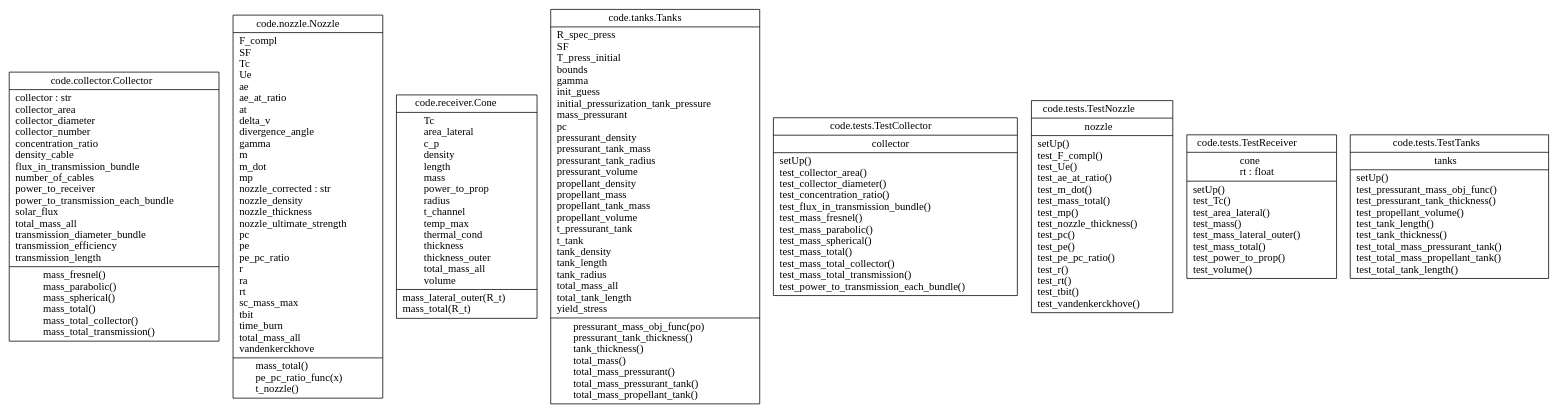
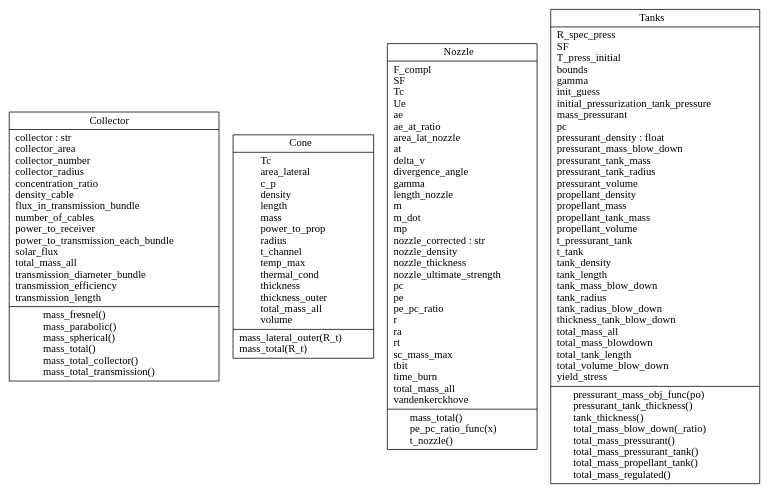
The diagram in classes.dot (avatarjasper/SolarThermalPropulsion), drawn with Graphviz before and after one commit. The commit also changed 28 other files, not shown here.

```diff
--- a/classes.dot
+++ b/classes.dot
@@ -1,12 +1,8 @@
 digraph "classes" {
 rankdir=BT
 charset="utf-8"
-"code.collector.Collector" [color="black", fontcolor="black", label=<{code.collector.Collector|collector : str<br ALIGN="LEFT"/>collector_area<br ALIGN="LEFT"/>collector_diameter<br ALIGN="LEFT"/>collector_number<br ALIGN="LEFT"/>concentration_ratio<br ALIGN="LEFT"/>density_cable<br ALIGN="LEFT"/>flux_in_transmission_bundle<br ALIGN="LEFT"/>number_of_cables<br ALIGN="LEFT"/>power_to_receiver<br ALIGN="LEFT"/>power_to_transmission_each_bundle<br ALIGN="LEFT"/>solar_flux<br ALIGN="LEFT"/>total_mass_all<br ALIGN="LEFT"/>transmission_diameter_bundle<br ALIGN="LEFT"/>transmission_efficiency<br ALIGN="LEFT"/>transmission_length<br ALIGN="LEFT"/>|mass_fresnel()<br ALIGN="LEFT"/>mass_parabolic()<br ALIGN="LEFT"/>mass_spherical()<br ALIGN="LEFT"/>mass_total()<br ALIGN="LEFT"/>mass_total_collector()<br ALIGN="LEFT"/>mass_total_transmission()<br ALIGN="LEFT"/>}>, shape="record", style="solid"];
-"code.nozzle.Nozzle" [color="black", fontcolor="black", label=<{code.nozzle.Nozzle|F_compl<br ALIGN="LEFT"/>SF<br ALIGN="LEFT"/>Tc<br ALIGN="LEFT"/>Ue<br ALIGN="LEFT"/>ae<br ALIGN="LEFT"/>ae_at_ratio<br ALIGN="LEFT"/>at<br ALIGN="LEFT"/>delta_v<br ALIGN="LEFT"/>divergence_angle<br ALIGN="LEFT"/>gamma<br ALIGN="LEFT"/>m<br ALIGN="LEFT"/>m_dot<br ALIGN="LEFT"/>mp<br ALIGN="LEFT"/>nozzle_corrected : str<br ALIGN="LEFT"/>nozzle_density<br ALIGN="LEFT"/>nozzle_thickness<br ALIGN="LEFT"/>nozzle_ultimate_strength<br ALIGN="LEFT"/>pc<br ALIGN="LEFT"/>pe<br ALIGN="LEFT"/>pe_pc_ratio<br ALIGN="LEFT"/>r<br ALIGN="LEFT"/>ra<br ALIGN="LEFT"/>rt<br ALIGN="LEFT"/>sc_mass_max<br ALIGN="LEFT"/>tbit<br ALIGN="LEFT"/>time_burn<br ALIGN="LEFT"/>total_mass_all<br ALIGN="LEFT"/>vandenkerckhove<br ALIGN="LEFT"/>|mass_total()<br ALIGN="LEFT"/>pe_pc_ratio_func(x)<br ALIGN="LEFT"/>t_nozzle()<br ALIGN="LEFT"/>}>, shape="record", style="solid"];
-"code.receiver.Cone" [color="black", fontcolor="black", label=<{code.receiver.Cone|Tc<br ALIGN="LEFT"/>area_lateral<br ALIGN="LEFT"/>c_p<br ALIGN="LEFT"/>density<br ALIGN="LEFT"/>length<br ALIGN="LEFT"/>mass<br ALIGN="LEFT"/>power_to_prop<br ALIGN="LEFT"/>radius<br ALIGN="LEFT"/>t_channel<br ALIGN="LEFT"/>temp_max<br ALIGN="LEFT"/>thermal_cond<br ALIGN="LEFT"/>thickness<br ALIGN="LEFT"/>thickness_outer<br ALIGN="LEFT"/>total_mass_all<br ALIGN="LEFT"/>volume<br ALIGN="LEFT"/>|mass_lateral_outer(R_t)<br ALIGN="LEFT"/>mass_total(R_t)<br ALIGN="LEFT"/>}>, shape="record", style="solid"];
-"code.tanks.Tanks" [color="black", fontcolor="black", label=<{code.tanks.Tanks|R_spec_press<br ALIGN="LEFT"/>SF<br ALIGN="LEFT"/>T_press_initial<br ALIGN="LEFT"/>bounds<br ALIGN="LEFT"/>gamma<br ALIGN="LEFT"/>init_guess<br ALIGN="LEFT"/>initial_pressurization_tank_pressure<br ALIGN="LEFT"/>mass_pressurant<br ALIGN="LEFT"/>pc<br ALIGN="LEFT"/>pressurant_density<br ALIGN="LEFT"/>pressurant_tank_mass<br ALIGN="LEFT"/>pressurant_tank_radius<br ALIGN="LEFT"/>pressurant_volume<br ALIGN="LEFT"/>propellant_density<br ALIGN="LEFT"/>propellant_mass<br ALIGN="LEFT"/>propellant_tank_mass<br ALIGN="LEFT"/>propellant_volume<br ALIGN="LEFT"/>t_pressurant_tank<br ALIGN="LEFT"/>t_tank<br ALIGN="LEFT"/>tank_density<br ALIGN="LEFT"/>tank_length<br ALIGN="LEFT"/>tank_radius<br ALIGN="LEFT"/>total_mass_all<br ALIGN="LEFT"/>total_tank_length<br ALIGN="LEFT"/>yield_stress<br ALIGN="LEFT"/>|pressurant_mass_obj_func(po)<br ALIGN="LEFT"/>pressurant_tank_thickness()<br ALIGN="LEFT"/>tank_thickness()<br ALIGN="LEFT"/>total_mass()<br ALIGN="LEFT"/>total_mass_pressurant()<br ALIGN="LEFT"/>total_mass_pressurant_tank()<br ALIGN="LEFT"/>total_mass_propellant_tank()<br ALIGN="LEFT"/>}>, shape="record", style="solid"];
-"code.tests.TestCollector" [color="black", fontcolor="black", label=<{code.tests.TestCollector|collector<br ALIGN="LEFT"/>|setUp()<br ALIGN="LEFT"/>test_collector_area()<br ALIGN="LEFT"/>test_collector_diameter()<br ALIGN="LEFT"/>test_concentration_ratio()<br ALIGN="LEFT"/>test_flux_in_transmission_bundle()<br ALIGN="LEFT"/>test_mass_fresnel()<br ALIGN="LEFT"/>test_mass_parabolic()<br ALIGN="LEFT"/>test_mass_spherical()<br ALIGN="LEFT"/>test_mass_total()<br ALIGN="LEFT"/>test_mass_total_collector()<br ALIGN="LEFT"/>test_mass_total_transmission()<br ALIGN="LEFT"/>test_power_to_transmission_each_bundle()<br ALIGN="LEFT"/>}>, shape="record", style="solid"];
-"code.tests.TestNozzle" [color="black", fontcolor="black", label=<{code.tests.TestNozzle|nozzle<br ALIGN="LEFT"/>|setUp()<br ALIGN="LEFT"/>test_F_compl()<br ALIGN="LEFT"/>test_Ue()<br ALIGN="LEFT"/>test_ae_at_ratio()<br ALIGN="LEFT"/>test_m_dot()<br ALIGN="LEFT"/>test_mass_total()<br ALIGN="LEFT"/>test_mp()<br ALIGN="LEFT"/>test_nozzle_thickness()<br ALIGN="LEFT"/>test_pc()<br ALIGN="LEFT"/>test_pe()<br ALIGN="LEFT"/>test_pe_pc_ratio()<br ALIGN="LEFT"/>test_r()<br ALIGN="LEFT"/>test_rt()<br ALIGN="LEFT"/>test_tbit()<br ALIGN="LEFT"/>test_vandenkerckhove()<br ALIGN="LEFT"/>}>, shape="record", style="solid"];
-"code.tests.TestReceiver" [color="black", fontcolor="black", label=<{code.tests.TestReceiver|cone<br ALIGN="LEFT"/>rt : float<br ALIGN="LEFT"/>|setUp()<br ALIGN="LEFT"/>test_Tc()<br ALIGN="LEFT"/>test_area_lateral()<br ALIGN="LEFT"/>test_mass()<br ALIGN="LEFT"/>test_mass_lateral_outer()<br ALIGN="LEFT"/>test_mass_total()<br ALIGN="LEFT"/>test_power_to_prop()<br ALIGN="LEFT"/>test_volume()<br ALIGN="LEFT"/>}>, shape="record", style="solid"];
-"code.tests.TestTanks" [color="black", fontcolor="black", label=<{code.tests.TestTanks|tanks<br ALIGN="LEFT"/>|setUp()<br ALIGN="LEFT"/>test_pressurant_mass_obj_func()<br ALIGN="LEFT"/>test_pressurant_tank_thickness()<br ALIGN="LEFT"/>test_propellant_volume()<br ALIGN="LEFT"/>test_tank_length()<br ALIGN="LEFT"/>test_tank_thickness()<br ALIGN="LEFT"/>test_total_mass_pressurant_tank()<br ALIGN="LEFT"/>test_total_mass_propellant_tank()<br ALIGN="LEFT"/>test_total_tank_length()<br ALIGN="LEFT"/>}>, shape="record", style="solid"];
+"code.collector.Collector" [color="black", fontcolor="black", label=<{Collector|collector : str<br ALIGN="LEFT"/>collector_area<br ALIGN="LEFT"/>collector_number<br ALIGN="LEFT"/>collector_radius<br ALIGN="LEFT"/>concentration_ratio<br ALIGN="LEFT"/>density_cable<br ALIGN="LEFT"/>flux_in_transmission_bundle<br ALIGN="LEFT"/>number_of_cables<br ALIGN="LEFT"/>power_to_receiver<br ALIGN="LEFT"/>power_to_transmission_each_bundle<br ALIGN="LEFT"/>solar_flux<br ALIGN="LEFT"/>total_mass_all<br ALIGN="LEFT"/>transmission_diameter_bundle<br ALIGN="LEFT"/>transmission_efficiency<br ALIGN="LEFT"/>transmission_length<br ALIGN="LEFT"/>|mass_fresnel()<br ALIGN="LEFT"/>mass_parabolic()<br ALIGN="LEFT"/>mass_spherical()<br ALIGN="LEFT"/>mass_total()<br ALIGN="LEFT"/>mass_total_collector()<br ALIGN="LEFT"/>mass_total_transmission()<br ALIGN="LEFT"/>}>, shape="record", style="solid"];
+"code.receiver.Cone" [color="black", fontcolor="black", label=<{Cone|Tc<br ALIGN="LEFT"/>area_lateral<br ALIGN="LEFT"/>c_p<br ALIGN="LEFT"/>density<br ALIGN="LEFT"/>length<br ALIGN="LEFT"/>mass<br ALIGN="LEFT"/>power_to_prop<br ALIGN="LEFT"/>radius<br ALIGN="LEFT"/>t_channel<br ALIGN="LEFT"/>temp_max<br ALIGN="LEFT"/>thermal_cond<br ALIGN="LEFT"/>thickness<br ALIGN="LEFT"/>thickness_outer<br ALIGN="LEFT"/>total_mass_all<br ALIGN="LEFT"/>volume<br ALIGN="LEFT"/>|mass_lateral_outer(R_t)<br ALIGN="LEFT"/>mass_total(R_t)<br ALIGN="LEFT"/>}>, shape="record", style="solid"];
+"code.nozzle.Nozzle" [color="black", fontcolor="black", label=<{Nozzle|F_compl<br ALIGN="LEFT"/>SF<br ALIGN="LEFT"/>Tc<br ALIGN="LEFT"/>Ue<br ALIGN="LEFT"/>ae<br ALIGN="LEFT"/>ae_at_ratio<br ALIGN="LEFT"/>area_lat_nozzle<br ALIGN="LEFT"/>at<br ALIGN="LEFT"/>delta_v<br ALIGN="LEFT"/>divergence_angle<br ALIGN="LEFT"/>gamma<br ALIGN="LEFT"/>length_nozzle<br ALIGN="LEFT"/>m<br ALIGN="LEFT"/>m_dot<br ALIGN="LEFT"/>mp<br ALIGN="LEFT"/>nozzle_corrected : str<br ALIGN="LEFT"/>nozzle_density<br ALIGN="LEFT"/>nozzle_thickness<br ALIGN="LEFT"/>nozzle_ultimate_strength<br ALIGN="LEFT"/>pc<br ALIGN="LEFT"/>pe<br ALIGN="LEFT"/>pe_pc_ratio<br ALIGN="LEFT"/>r<br ALIGN="LEFT"/>ra<br ALIGN="LEFT"/>rt<br ALIGN="LEFT"/>sc_mass_max<br ALIGN="LEFT"/>tbit<br ALIGN="LEFT"/>time_burn<br ALIGN="LEFT"/>total_mass_all<br ALIGN="LEFT"/>vandenkerckhove<br ALIGN="LEFT"/>|mass_total()<br ALIGN="LEFT"/>pe_pc_ratio_func(x)<br ALIGN="LEFT"/>t_nozzle()<br ALIGN="LEFT"/>}>, shape="record", style="solid"];
+"code.tanks.Tanks" [color="black", fontcolor="black", label=<{Tanks|R_spec_press<br ALIGN="LEFT"/>SF<br ALIGN="LEFT"/>T_press_initial<br ALIGN="LEFT"/>bounds<br ALIGN="LEFT"/>gamma<br ALIGN="LEFT"/>init_guess<br ALIGN="LEFT"/>initial_pressurization_tank_pressure<br ALIGN="LEFT"/>mass_pressurant<br ALIGN="LEFT"/>pc<br ALIGN="LEFT"/>pressurant_density : float<br ALIGN="LEFT"/>pressurant_mass_blow_down<br ALIGN="LEFT"/>pressurant_tank_mass<br ALIGN="LEFT"/>pressurant_tank_radius<br ALIGN="LEFT"/>pressurant_volume<br ALIGN="LEFT"/>propellant_density<br ALIGN="LEFT"/>propellant_mass<br ALIGN="LEFT"/>propellant_tank_mass<br ALIGN="LEFT"/>propellant_volume<br ALIGN="LEFT"/>t_pressurant_tank<br ALIGN="LEFT"/>t_tank<br ALIGN="LEFT"/>tank_density<br ALIGN="LEFT"/>tank_length<br ALIGN="LEFT"/>tank_mass_blow_down<br ALIGN="LEFT"/>tank_radius<br ALIGN="LEFT"/>tank_radius_blow_down<br ALIGN="LEFT"/>thickness_tank_blow_down<br ALIGN="LEFT"/>total_mass_all<br ALIGN="LEFT"/>total_mass_blowdown<br ALIGN="LEFT"/>total_tank_length<br ALIGN="LEFT"/>total_volume_blow_down<br ALIGN="LEFT"/>yield_stress<br ALIGN="LEFT"/>|pressurant_mass_obj_func(po)<br ALIGN="LEFT"/>pressurant_tank_thickness()<br ALIGN="LEFT"/>tank_thickness()<br ALIGN="LEFT"/>total_mass_blow_down(_ratio)<br ALIGN="LEFT"/>total_mass_pressurant()<br ALIGN="LEFT"/>total_mass_pressurant_tank()<br ALIGN="LEFT"/>total_mass_propellant_tank()<br ALIGN="LEFT"/>total_mass_regulated()<br ALIGN="LEFT"/>}>, shape="record", style="solid"];
 }
```
